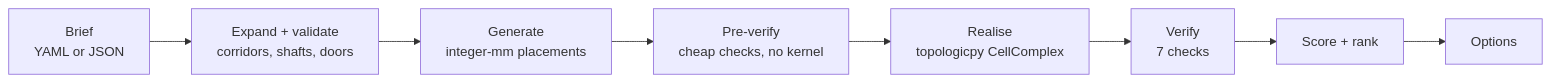
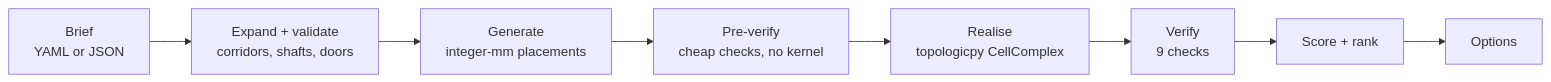
The second of 2 diagrams in README.md (Adventurous-Systems/spacetope), drawn with Mermaid before and after one commit. The commit also changed other lines of this file and 9 other files, not shown here.

````diff
--- a/README.md
+++ b/README.md
@@ -55,10 +55,10 @@
 ```mermaid
 flowchart LR
   A[Brief<br/>YAML or JSON] --> B[Expand + validate<br/>corridors, shafts, doors]
   B --> C[Generate<br/>integer-mm placements]
   C --> D[Pre-verify<br/>cheap checks, no kernel]
   D --> E[Realise<br/>topologicpy CellComplex]
-  E --> F[Verify<br/>7 checks]
+  E --> F[Verify<br/>9 checks]
   F --> G[Score + rank]
   G --> H[Options]
 ```
````
